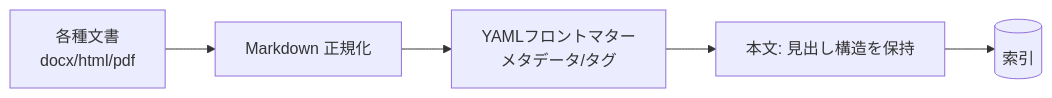
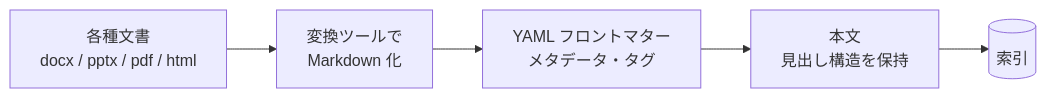
The diagram in src/content/docs/data-modeling/index.md (mike-sugimoto/ai-tech-notes), drawn with Mermaid before and after one commit. The commit also changed other lines of this file and 4 other files, not shown here.

````diff
--- a/src/content/docs/data-modeling/index.md
+++ b/src/content/docs/data-modeling/index.md
@@ -22,7 +47,7 @@
 ```mermaid
 flowchart LR
-    RAW[各種文書<br/>docx/html/pdf] --> NORM[Markdown 正規化]
-    NORM --> FM[YAMLフロントマター<br/>メタデータ/タグ]
-    FM --> BODY[本文: 見出し構造を保持]
+    RAW[各種文書<br/>docx / pptx / pdf / html] --> CONV[変換ツールで<br/>Markdown 化]
+    CONV --> FM[YAML フロントマター<br/>メタデータ・タグ]
+    FM --> BODY[本文<br/>見出し構造を保持]
     BODY --> IDX[(索引)]
 ```
````
